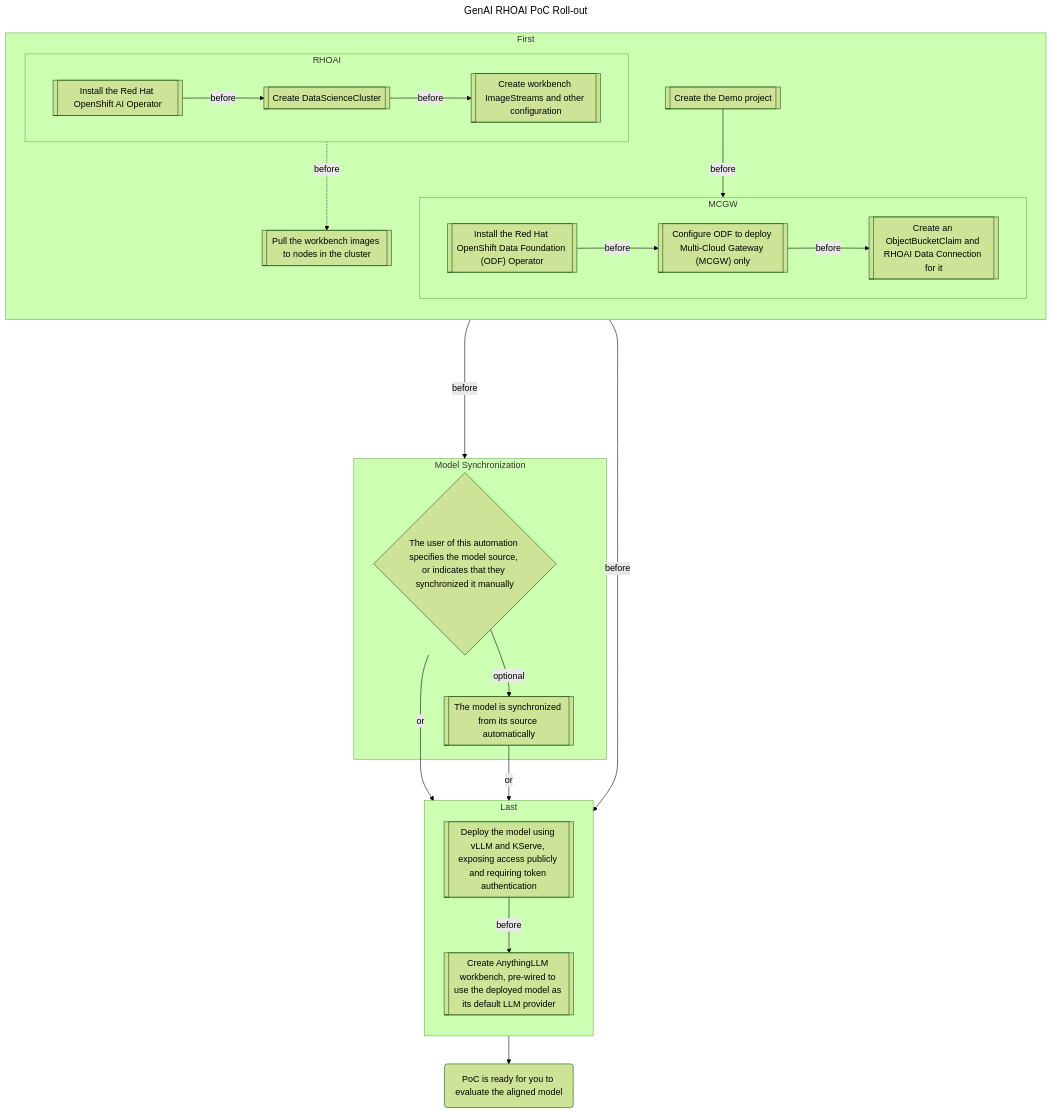
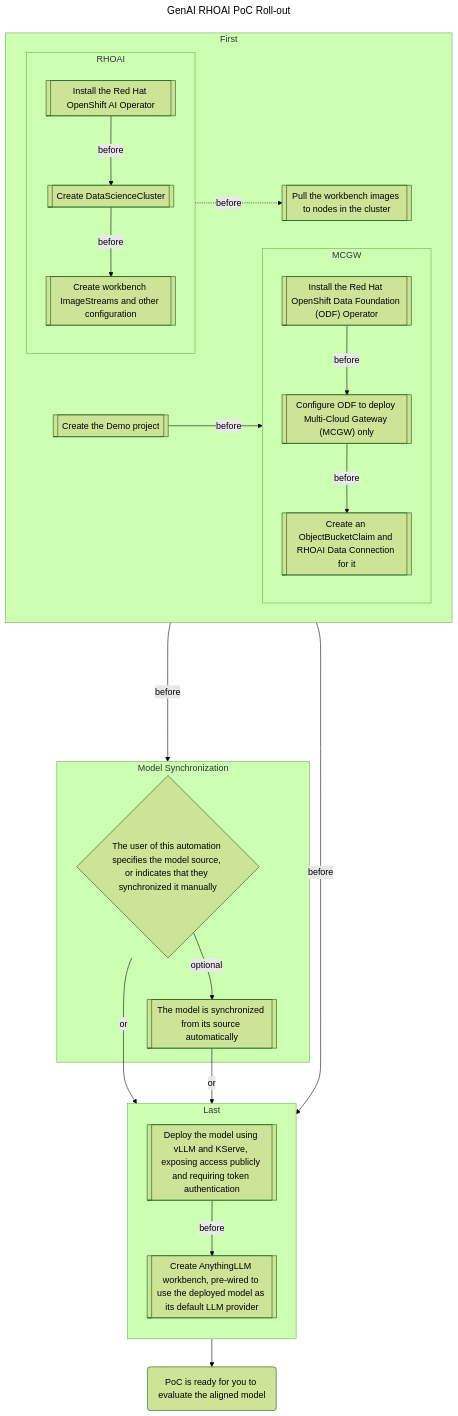
One commit to rh-aiservices-bu/genai-rhoai-poc-template changed the diagram in docs/README.md. Above: the diagram before and after it, drawn with Mermaid (forest theme).

Commit message:
docs: change alignment

````diff
--- a/docs/README.md
+++ b/docs/README.md
@@ -30,44 +30,44 @@
 ```mermaid
 ---
 title: GenAI RHOAI PoC Roll-out
 ---
 flowchart TD
     subgraph First
-        direction TB
+        direction LR
         demoProject[[Create the Demo project]]
         subgraph MCGW
-            direction LR
+            direction TB
             mcgwInstall[["Install the Red Hat OpenShift Data Foundation (ODF) Operator"]]
             mcgwDeploy[["Configure ODF to deploy Multi-Cloud Gateway (MCGW) only"]]
             mcgwConfig[[Create an ObjectBucketClaim and RHOAI Data Connection for it]]
             mcgwInstall -- before --> mcgwDeploy -- before --> mcgwConfig
         end
         subgraph RHOAI
-            direction LR
+            direction TB
             rhoaiInstall[[Install the Red Hat OpenShift AI Operator]]
             rhoaiDeploy[[Create DataScienceCluster]]
             rhoaiConfig[[Create workbench ImageStreams and other configuration]]
             rhoaiInstall -- before --> rhoaiDeploy -- before --> rhoaiConfig
         end
         workbenchPrimer[[Pull the workbench images to nodes in the cluster]]
         rhoaiConfig-. before .-> workbenchPrimer
         demoProject -- before --> mcgwConfig
     end
     subgraph userProcess[Model Synchronization]
         modelSource{The user of this automation specifies the model source, or indicates that they synchronized it manually}
         modelSync[[The model is synchronized from its source automatically]]
         modelSource -- optional --> modelSync
     end
     subgraph Last
         direction TB
         modelDeploy[[Deploy the model using vLLM and KServe, exposing access publicly and requiring token authentication]]
         deployAnythingLLM[[Create AnythingLLM workbench, pre-wired to use the deployed model as its default LLM provider]]
     end
     pocReady(PoC is ready for you to evaluate the aligned model)
 
     MCGW -- before -----> userProcess
     RHOAI -- before --> Last
     modelSource -- or --> modelDeploy
     modelSync -- or --> modelDeploy
     modelDeploy -- before --> deployAnythingLLM --> pocReady
 ```
````
